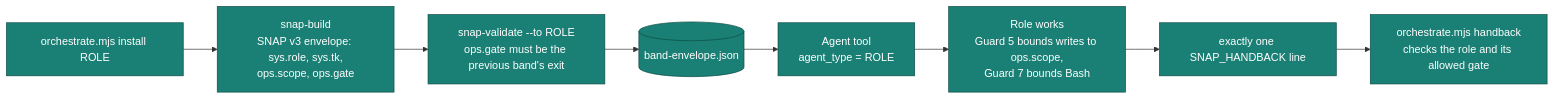
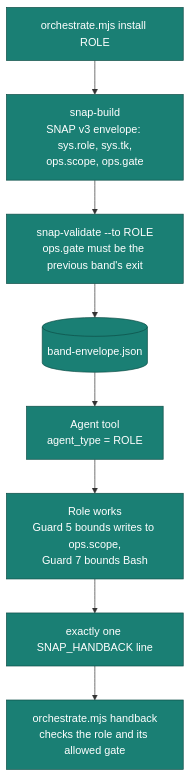
One commit to yeisonrestrepo/code-conductor changed the third of 6 diagrams in .github/wiki/pages/C4-Components.md. Above: the diagram before and after it, drawn with Mermaid. The commit also changed other lines of this file and 1 other file, not shown here.

First line of the commit message:
docs: render the orchestrator bands as a legible vertical flow

````diff
--- a/.github/wiki/pages/C4-Components.md
+++ b/.github/wiki/pages/C4-Components.md
@@ -113,16 +113,16 @@
 ```mermaid
-flowchart LR
+flowchart TB
   inst["orchestrate.mjs install ROLE"]
   build["snap-build<br/>SNAP v3 envelope: sys.role, sys.tk,<br/>ops.scope, ops.gate"]
   val["snap-validate --to ROLE<br/>ops.gate must be the previous band's exit"]
   env[("band-envelope.json")]
   disp["Agent tool<br/>agent_type = ROLE"]
   work["Role works<br/>Guard 5 bounds writes to ops.scope,<br/>Guard 7 bounds Bash"]
   hb["exactly one SNAP_HANDBACK line"]
   rec["orchestrate.mjs handback<br/>checks the role and its allowed gate"]
 
   inst --> build --> val --> env --> disp --> work --> hb --> rec
 
   classDef step fill:#1a7f74,stroke:#0d4d46,color:#ffffff
   class inst,build,val,env,disp,work,hb,rec step
 ```
````
